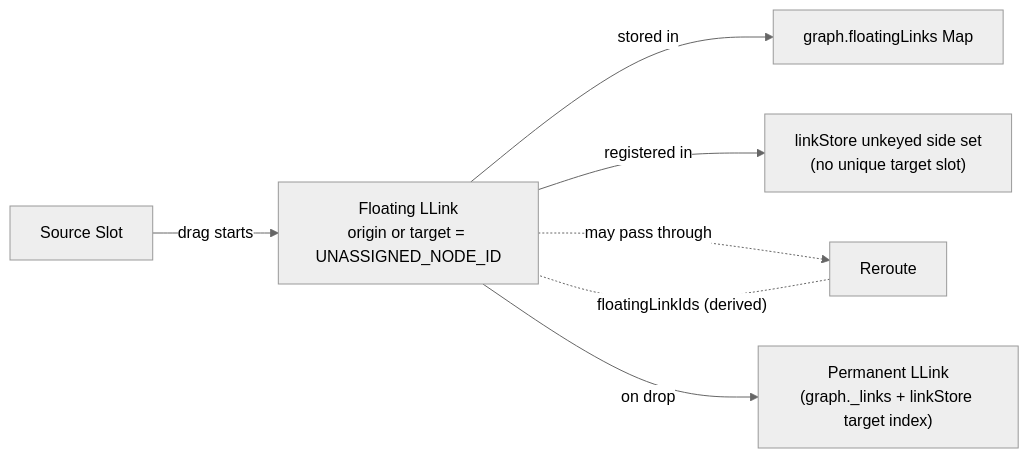
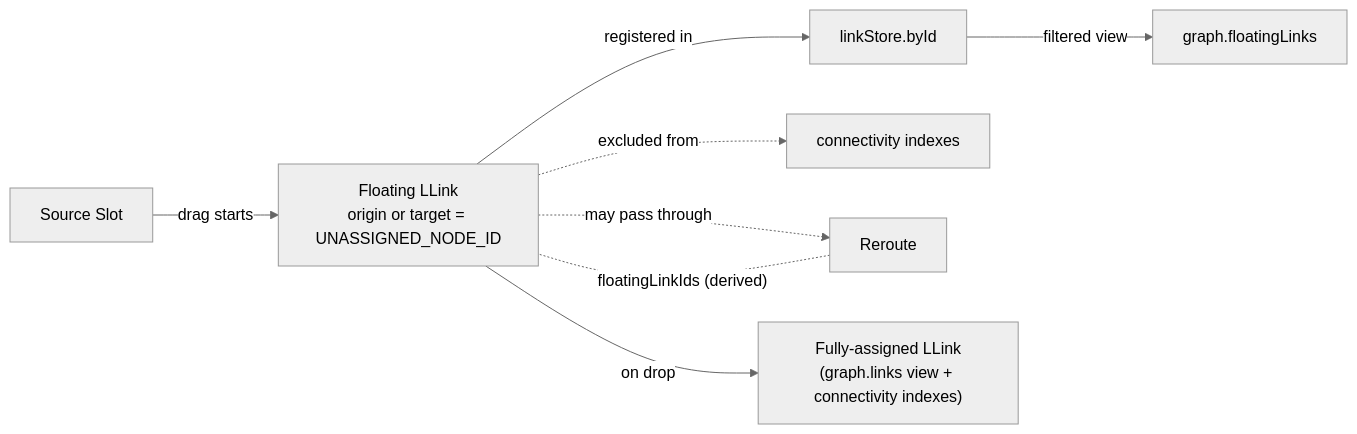
The fourth of 13 diagrams in docs/architecture/entity-interactions.md (Comfy-Org/ComfyUI_frontend), drawn with Mermaid (neutral theme) before and after one commit. The commit also changed other lines of this file and 4 other files, not shown here.

First line of the commit message:
docs: define floating links as endpoint state

````diff
--- a/docs/architecture/entity-interactions.md
+++ b/docs/architecture/entity-interactions.md
@@ -146,12 +146,12 @@
 ```mermaid
 graph LR
     Slot["Source Slot"] -->|"drag starts"| FL["Floating LLink
 origin or target = UNASSIGNED_NODE_ID"]
-    FL -->|"stored in"| FLMap["graph.floatingLinks Map"]
-    FL -->|"registered in"| SideSet["linkStore unkeyed side set
-(no unique target slot)"]
+    FL -->|"registered in"| Store["linkStore.byId"]
+    Store -->|"filtered view"| FLMap["graph.floatingLinks"]
+    FL -.->|"excluded from"| Indexes["connectivity indexes"]
     FL -.->|"may pass through"| Reroute
     Reroute -.-|"floatingLinkIds (derived)"| FL
-    FL -->|"on drop"| Permanent["Permanent LLink
-(graph._links + linkStore target index)"]
+    FL -->|"on drop"| Permanent["Fully-assigned LLink
+(graph.links view + connectivity indexes)"]
 ```
````
